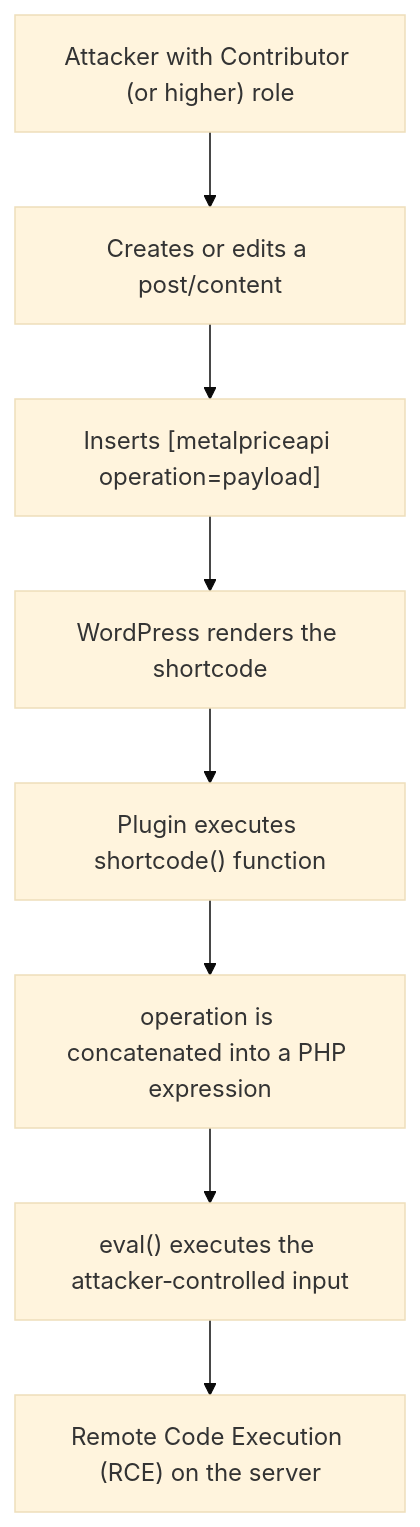
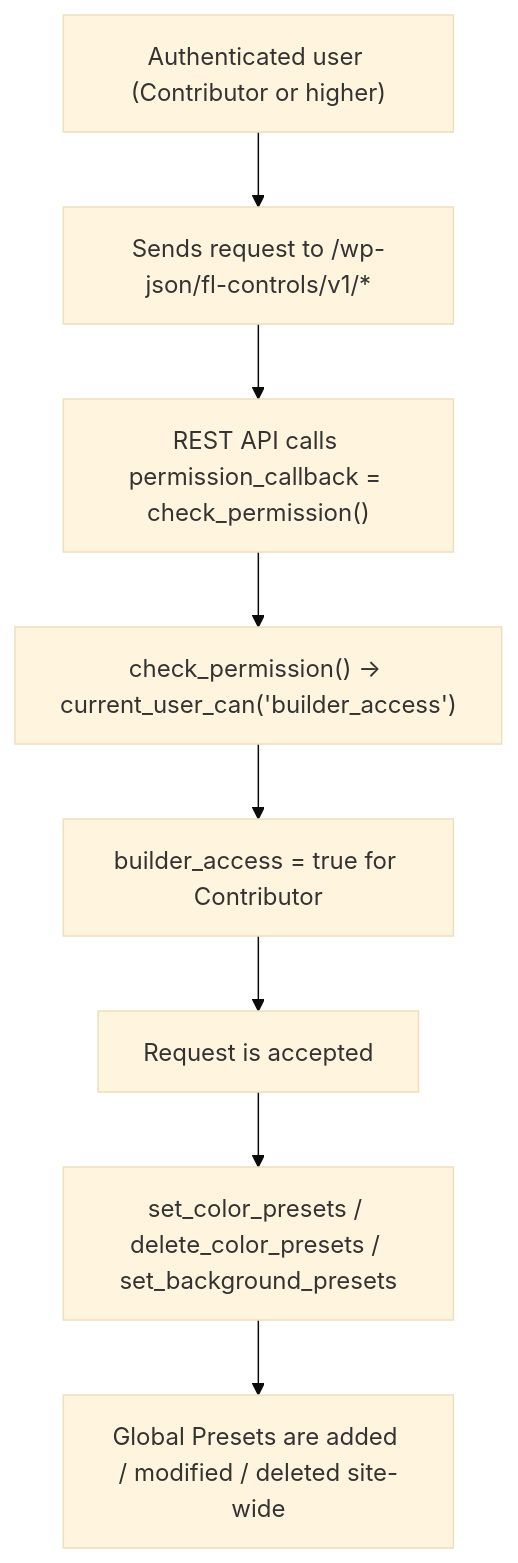
Before and after one commit to w41bu1/w41bu1.github.io: the diagram in content/posts/2025-12-07-CVE-2025-11726/index.vi.md, drawn with Mermaid (base theme). The commit also changed other lines of this file and 130 other files, not shown here.

```diff
--- a/content/posts/2025-12-07-CVE-2025-11726/index.vi.md
+++ b/content/posts/2025-12-07-CVE-2025-11726/index.vi.md
@@ -56,11 +295,11 @@
 {{< mermaid >}}
 graph TD
-A["Attacker with Contributor (or higher) role"]
---> B["Creates or edits a post/content"]
---> C["Inserts [metalpriceapi operation=payload]"]
---> D["WordPress renders the shortcode"]
---> E["Plugin executes shortcode() function"]
---> F["operation is concatenated into a PHP expression"]
---> G["eval() executes the attacker‑controlled input"]
---> H["Remote Code Execution (RCE) on the server"]
+A["Authenticated user (Contributor or higher)"]
+--> B["Sends request to /wp-json/fl-controls/v1/*"]
+--> C["REST API calls permission_callback = check_permission()"]
+--> D["check_permission() → current_user_can('builder_access')"]
+--> G["builder_access = true for Contributor"]
+--> H["Request is accepted"]
+--> I["set_color_presets / delete_color_presets / set_background_presets"]
+--> J["Global Presets are added / modified / deleted site-wide"]
 {{< /mermaid >}}
```
